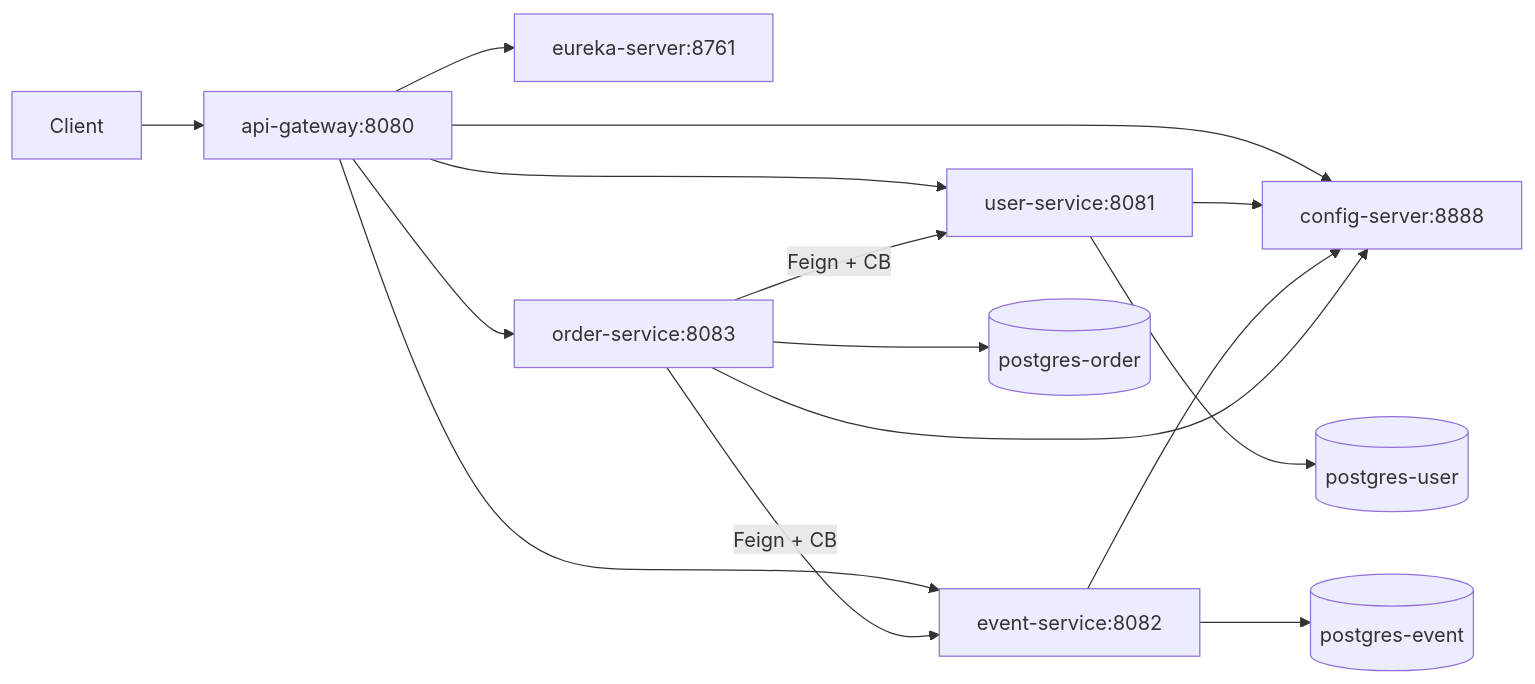
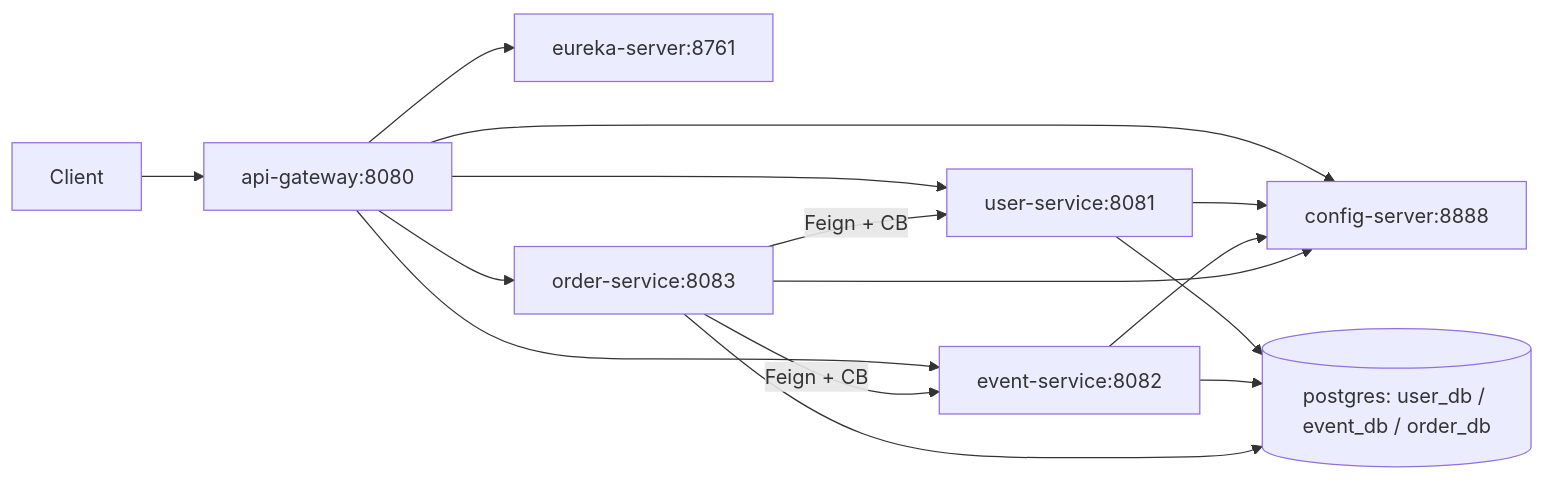
The diagram in README.md (TheIrishMan05/microservice-poster), drawn with Mermaid before and after one commit. The commit also changed other lines of this file, not shown here.

````diff
--- a/README.md
+++ b/README.md
@@ -5,17 +5,17 @@
 ```mermaid
 flowchart LR
   Client --> Gateway["api-gateway:8080"]
   Gateway --> Eureka["eureka-server:8761"]
   Gateway --> UserSvc["user-service:8081"]
   Gateway --> EventSvc["event-service:8082"]
   Gateway --> OrderSvc["order-service:8083"]
   Gateway --> Config["config-server:8888"]
   UserSvc --> Config
   EventSvc --> Config
   OrderSvc --> Config
   OrderSvc -->|"Feign + CB"| UserSvc
   OrderSvc -->|"Feign + CB"| EventSvc
-  UserSvc --> UserDb[("postgres-user")]
-  EventSvc --> EventDb[("postgres-event")]
-  OrderSvc --> OrderDb[("postgres-order")]
+  UserSvc --> Pg[("postgres: user_db / event_db / order_db")]
+  EventSvc --> Pg
+  OrderSvc --> Pg
 ```
````
